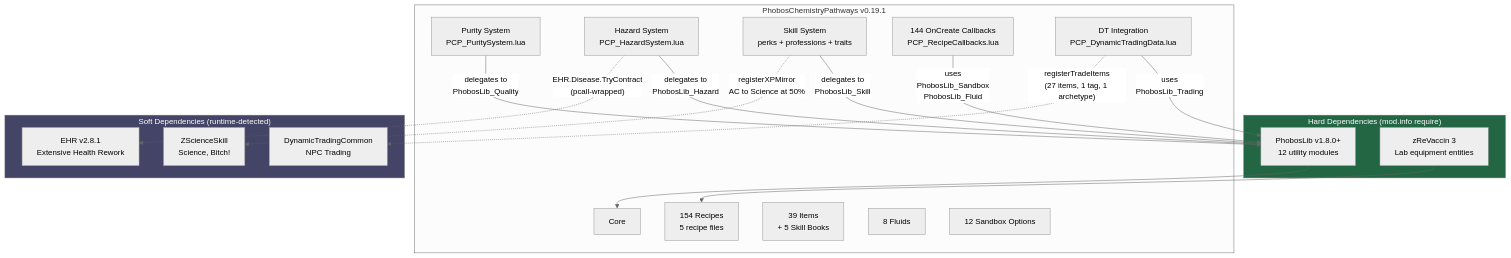
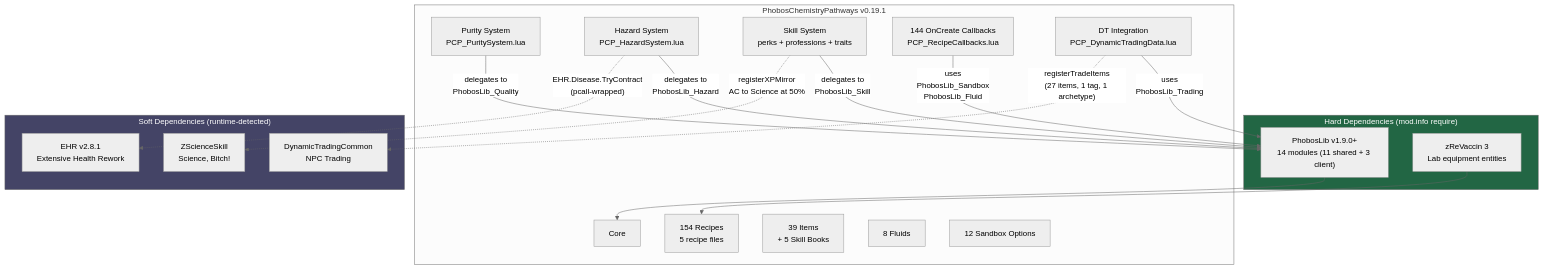
Before and after one commit to phobos-dthorga/mod-pz-chemistry-pathways: the diagram in docs/mermaid-src/architecture.mmd, drawn with Mermaid (neutral theme). The commit also changed 2 other files, not shown here.

Commit message:
docs: synchronize documentation to PhobosLib v1.9.0
- README.md: PhobosLib requirement 1.8.0+ → 1.9.0+, expanded dependency
  description (tooltip, lazy stamper, migration APIs)
- docs/diagrams/architecture.md: PhobosLib version, module breakdown
  (Migrate, Tooltip, LazyStamp), DT item count 23 → 27,
  archetype "PCP_Chemist" → "Chemist", module count update
- docs/mermaid-src/architecture.mmd: PhobosLib version

```diff
--- a/docs/mermaid-src/architecture.mmd
+++ b/docs/mermaid-src/architecture.mmd
@@ -1,40 +1,40 @@
 graph TB
     subgraph HARD["Hard Dependencies (mod.info require)"]
-        PL["PhobosLib v1.8.0+<br/>12 utility modules"]
+        PL["PhobosLib v1.9.0+<br/>14 modules (11 shared + 3 client)"]
         ZR["zReVaccin 3<br/>Lab equipment entities"]
     end
 
     subgraph PCP["PhobosChemistryPathways v0.19.1"]
         CORE["Core"]
         REC["154 Recipes<br/>5 recipe files"]
         ITEMS["39 Items<br/>+ 5 Skill Books"]
         FLUIDS["8 Fluids"]
         SB["12 Sandbox Options"]
         PURITY["Purity System<br/>PCP_PuritySystem.lua"]
         HAZARD["Hazard System<br/>PCP_HazardSystem.lua"]
         SKILL["Skill System<br/>perks + professions + traits"]
         CALLBACKS["144 OnCreate Callbacks<br/>PCP_RecipeCallbacks.lua"]
         TRADING["DT Integration<br/>PCP_DynamicTradingData.lua"]
     end
 
     subgraph SOFT["Soft Dependencies (runtime-detected)"]
         ZSS["ZScienceSkill<br/>Science, Bitch!"]
         EHR["EHR v2.8.1<br/>Extensive Health Rework"]
         DT["DynamicTradingCommon<br/>NPC Trading"]
     end
 
     PL --> CORE
     ZR --> REC
 
     PURITY -->|"delegates to<br/>PhobosLib_Quality"| PL
     HAZARD -->|"delegates to<br/>PhobosLib_Hazard"| PL
     SKILL -->|"delegates to<br/>PhobosLib_Skill"| PL
     CALLBACKS -->|"uses<br/>PhobosLib_Sandbox<br/>PhobosLib_Fluid"| PL
     TRADING -->|"uses<br/>PhobosLib_Trading"| PL
 
     HAZARD -.->|"EHR.Disease.TryContract<br/>(pcall-wrapped)"| EHR
     SKILL -.->|"registerXPMirror<br/>AC to Science at 50%"| ZSS
     TRADING -.->|"registerTradeItems<br/>(27 items, 1 tag, 1 archetype)"| DT
 
     style HARD fill:#264,color:#fff
     style SOFT fill:#446,color:#fff
```
